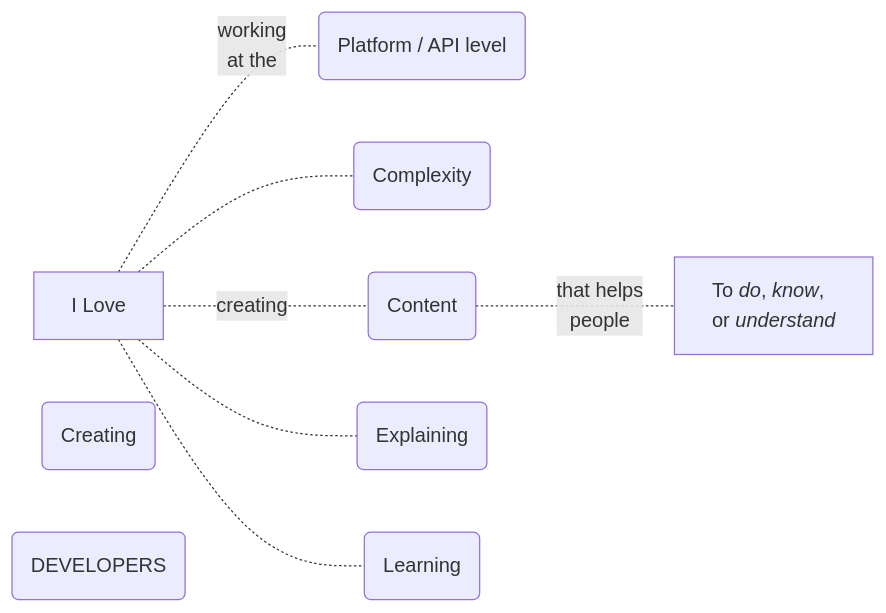
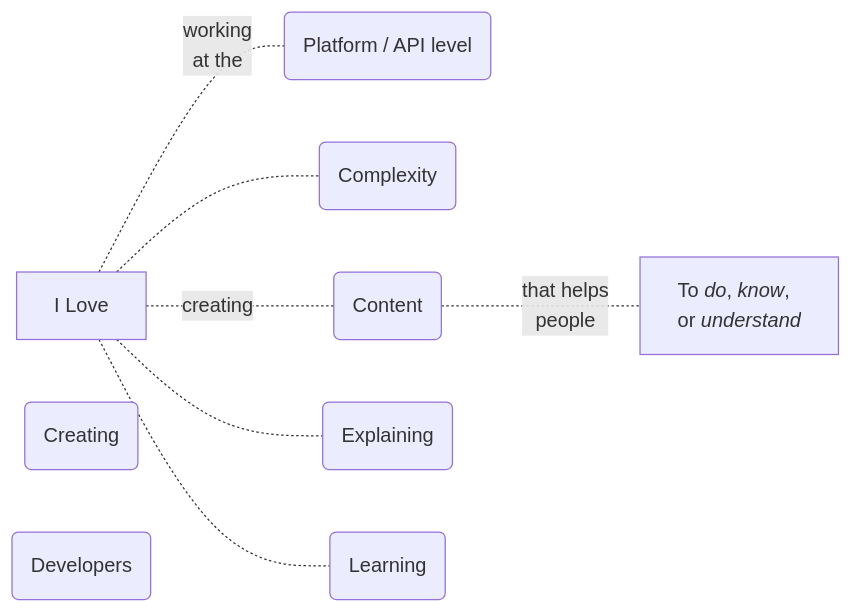
One commit to joe-dorward/samples changed the diagram in overview.md. Above: the diagram before and after it, drawn with Mermaid.

````diff
--- a/overview.md
+++ b/overview.md
@@ -2,31 +2,31 @@
 ```mermaid
 flowchart LR
 I_LOVE["I Love"]
 
 PLATFORM_API("Platform / API level")
 
 COMPLEXITY("Complexity")
 CREATING("Creating")
 CONTENT("Content")
-DEVELOPERS("DEVELOPERS")
+DEVELOPERS("Developers")
 EXPLAINING("Explaining")
 LEARNING("Learning")
 
 DO_KNOW_UNDERSTAND["`To *do*, *know*,
 or *understand*`"]
 style DO_KNOW_UNDERSTAND text-align:left
 
 
 
 %% CONNECTIONS
 
 I_LOVE-."working
 at the".-PLATFORM_API
 
 I_LOVE-.-COMPLEXITY
 I_LOVE-.-LEARNING
 I_LOVE-.-EXPLAINING
 
 I_LOVE-.creating.-CONTENT-."that helps
 people".-DO_KNOW_UNDERSTAND
 ```
````
